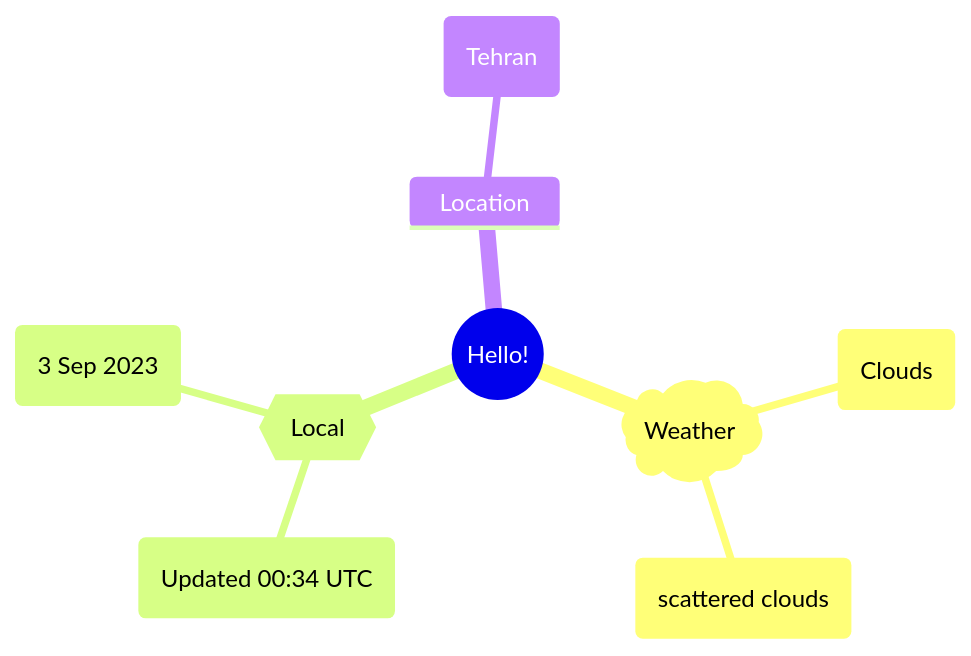
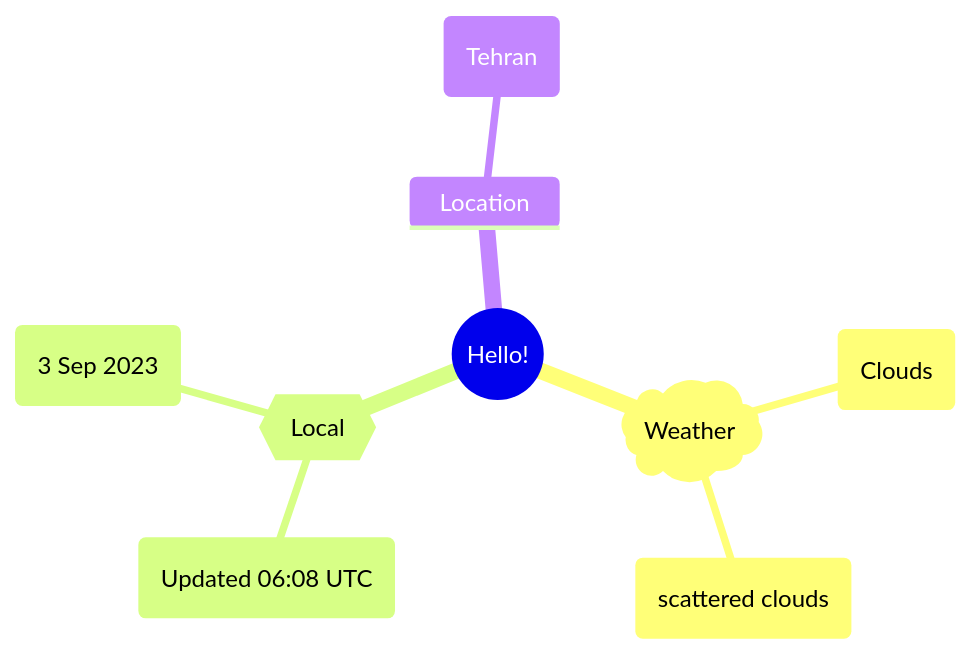
One commit to Xosrov/Xosrov changed the first of 2 diagrams in README.md. Above: the diagram before and after it, drawn with Mermaid.

Commit message:
[bot] updated images

````diff
--- a/README.md
+++ b/README.md
@@ -3,12 +3,12 @@
 ```mermaid
 mindmap
   root((Hello!))
     )Weather(
         (Clouds)
         (scattered clouds)
     {{Local}}
-        (Updated 00:34 UTC)
+        (Updated 06:08 UTC)
         (3 Sep 2023)
     Location
         (Tehran)
 ```
````
